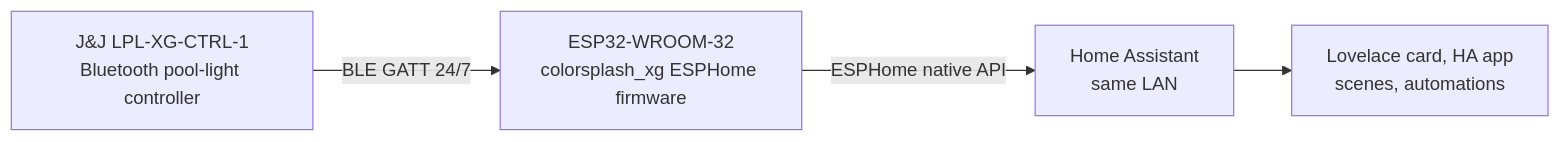
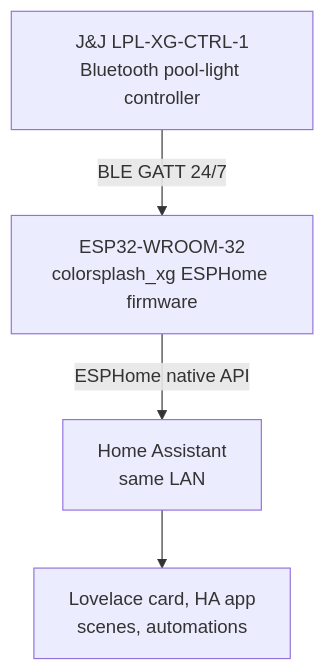
Before and after one commit to Vixen-Labs/colorsplash-xg-ha: the diagram in README.md, drawn with Mermaid.

Commit message:
chore(readme): orient architecture flowchart vertically
LR was too wide on smaller windows; TD reads better.

````diff
--- a/README.md
+++ b/README.md
@@ -82,11 +82,11 @@
 ```mermaid
-flowchart LR
+flowchart TD
     Controller["J&amp;J LPL-XG-CTRL-1<br>Bluetooth pool-light controller"]
     Bridge["ESP32-WROOM-32<br>colorsplash_xg ESPHome firmware"]
     HA["Home Assistant<br>same LAN"]
     UI["Lovelace card, HA app<br>scenes, automations"]
 
     Controller -- "BLE GATT 24/7" --> Bridge
     Bridge -- "ESPHome native API" --> HA
     HA --> UI
 ```
````
